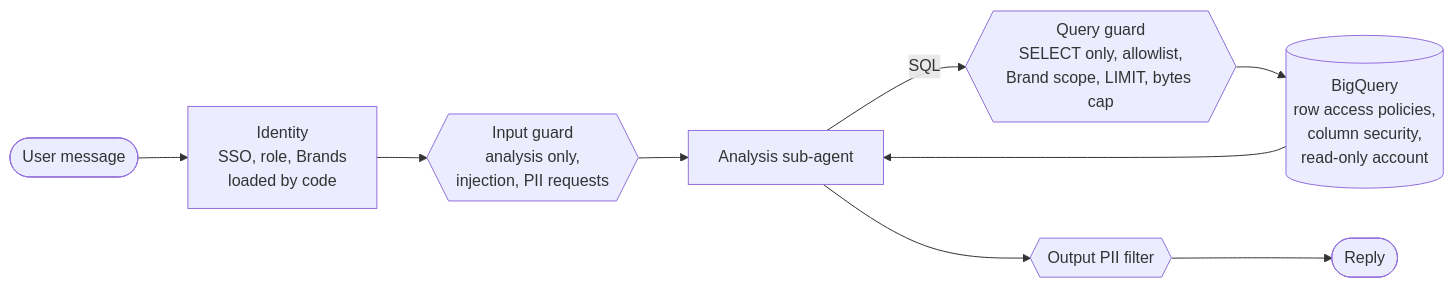
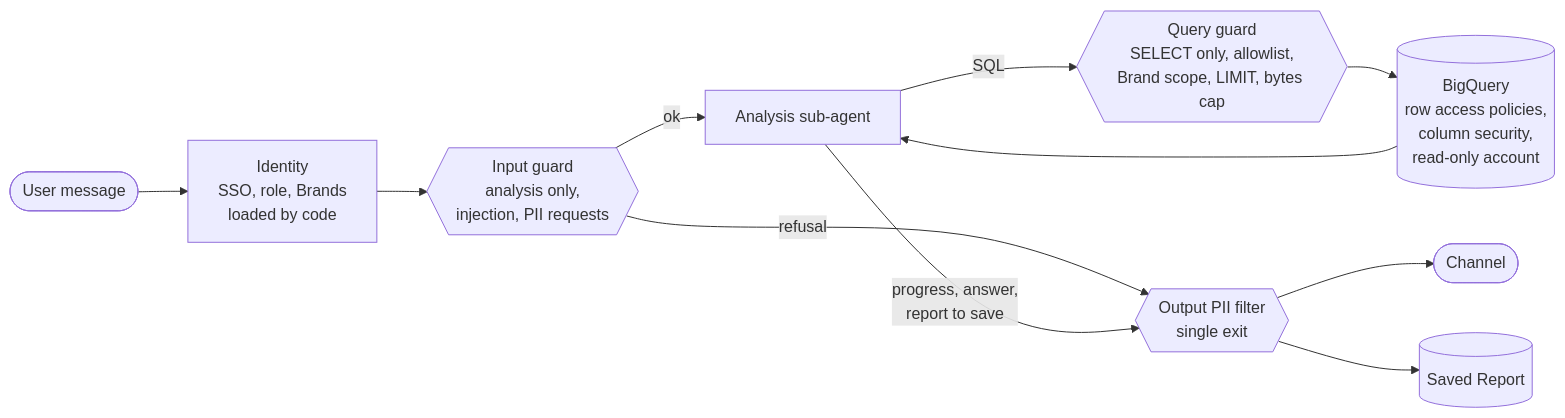
Before and after one commit to sternyishai/opsfleet-test: the diagram in docs/hld/03-safety-and-pii.md, drawn with Mermaid. The commit also changed other lines of this file, not shown here.

First line of the commit message:
docs(hld): route every outbound message through the pii filter in 03

````diff
--- a/docs/hld/03-safety-and-pii.md
+++ b/docs/hld/03-safety-and-pii.md
@@ -9,11 +9,13 @@
 ```mermaid
 flowchart LR
     U([User message]) --> ID[Identity<br/>SSO, role, Brands<br/>loaded by code]
     ID --> IG{{Input guard<br/>analysis only,<br/>injection, PII requests}}
-    IG --> AG[Analysis sub-agent]
+    IG -- ok --> AG[Analysis sub-agent]
+    IG -- refusal --> OF
     AG -- SQL --> QG{{Query guard<br/>SELECT only, allowlist,<br/>Brand scope, LIMIT, bytes cap}}
     QG --> BQ[(BigQuery<br/>row access policies,<br/>column security,<br/>read-only account)]
     BQ --> AG
-    AG --> OF{{Output PII filter}}
-    OF --> R([Reply])
+    AG -- progress, answer,<br/>report to save --> OF{{Output PII filter<br/>single exit}}
+    OF --> R([Channel])
+    OF --> SR[(Saved Report)]
 ```
````
